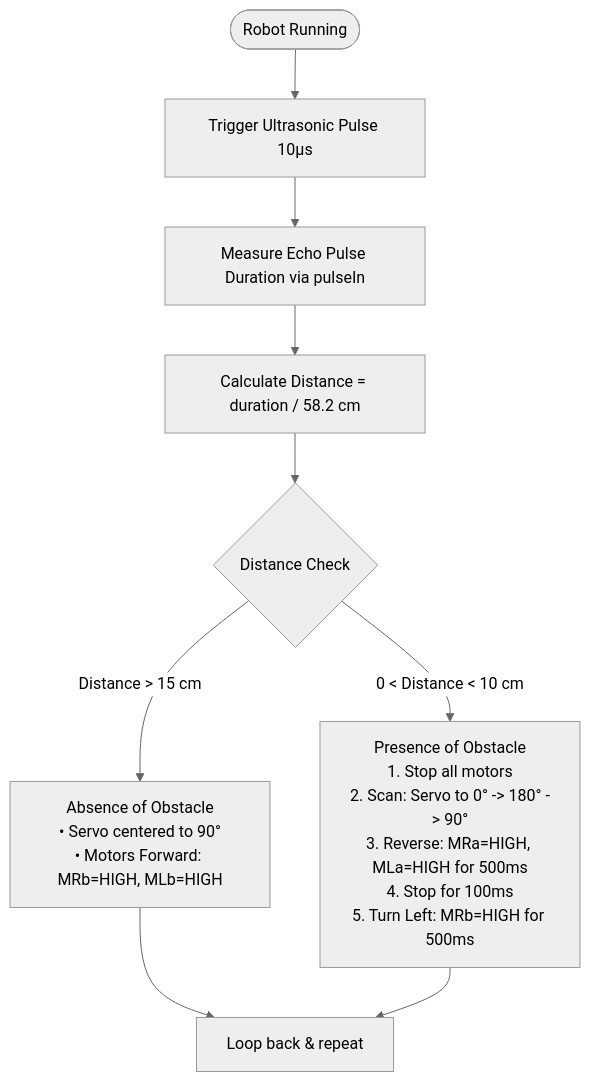
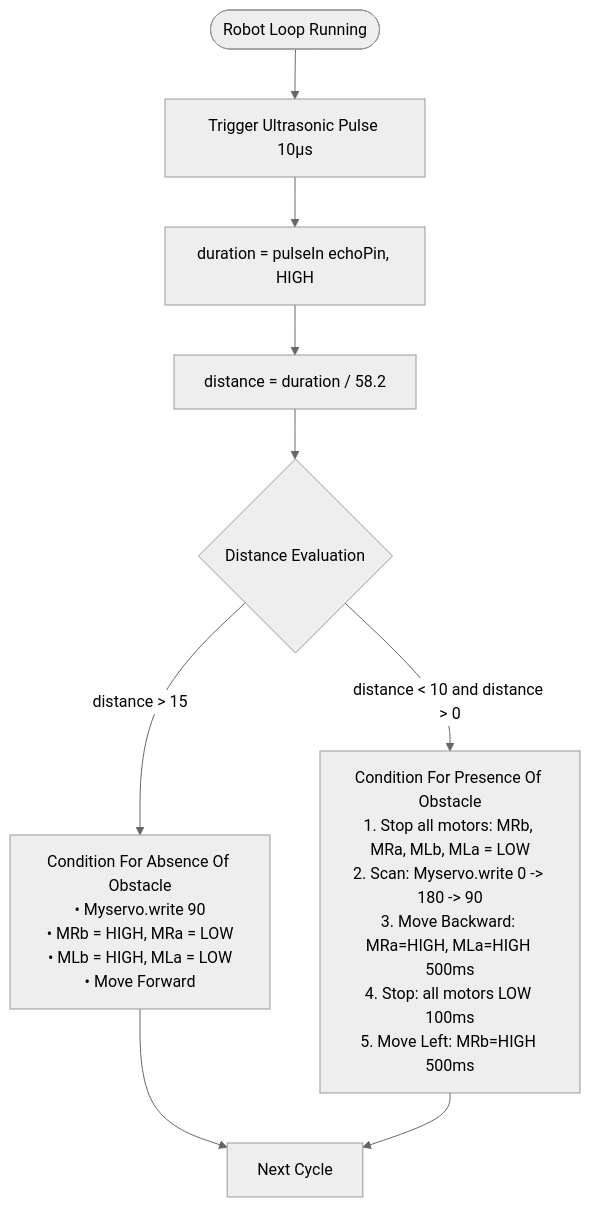
One commit to Tijil-Das/Micro-Assets changed the diagram in CS-Exhibition/Obstacle Avoidance Robot/Content.md. Above: the diagram before and after it, drawn with Mermaid (neutral theme). The commit also changed other lines of this file and 4 other files, not shown here.

````diff
--- a/CS-Exhibition/Obstacle Avoidance Robot/Content.md
+++ b/CS-Exhibition/Obstacle Avoidance Robot/Content.md
@@ -124,13 +120,13 @@
 ```mermaid
 flowchart TD
-    Start([Robot Running]) --> Trigger[Trigger Ultrasonic Pulse 10µs]
-    Trigger --> Measure[Measure Echo Pulse Duration via pulseIn]
-    Measure --> Distance[Calculate Distance = duration / 58.2 cm]
-    Distance --> Check{Distance Check}
+    Start([Robot Loop Running]) --> Pulse[Trigger Ultrasonic Pulse 10µs]
+    Pulse --> ReadEcho[duration = pulseIn echoPin, HIGH]
+    ReadEcho --> CalcDist[distance = duration / 58.2]
+    CalcDist --> Condition{Distance Evaluation}
 
-    Check -->|Distance > 15 cm| Forward[Absence of Obstacle\n• Servo centered to 90°\n• Motors Forward: MRb=HIGH, MLb=HIGH]
-    Forward --> Loop[Loop back & repeat]
+    Condition -->|distance > 15| ClearPath[Condition For Absence Of Obstacle\n• Myservo.write 90\n• MRb = HIGH, MRa = LOW\n• MLb = HIGH, MLa = LOW\n• Move Forward]
+    ClearPath --> Next[Next Cycle]
 
-    Check -->|0 < Distance < 10 cm| Obstacle[Presence of Obstacle\n1. Stop all motors\n2. Scan: Servo to 0° -> 180° -> 90°\n3. Reverse: MRa=HIGH, MLa=HIGH for 500ms\n4. Stop for 100ms\n5. Turn Left: MRb=HIGH for 500ms]
-    Obstacle --> Loop
+    Condition -->|distance < 10 and distance > 0| ObstacleDetected[Condition For Presence Of Obstacle\n1. Stop all motors: MRb, MRa, MLb, MLa = LOW\n2. Scan: Myservo.write 0 -> 180 -> 90\n3. Move Backward: MRa=HIGH, MLa=HIGH 500ms\n4. Stop: all motors LOW 100ms\n5. Move Left: MRb=HIGH 500ms]
+    ObstacleDetected --> Next
 ```
````
